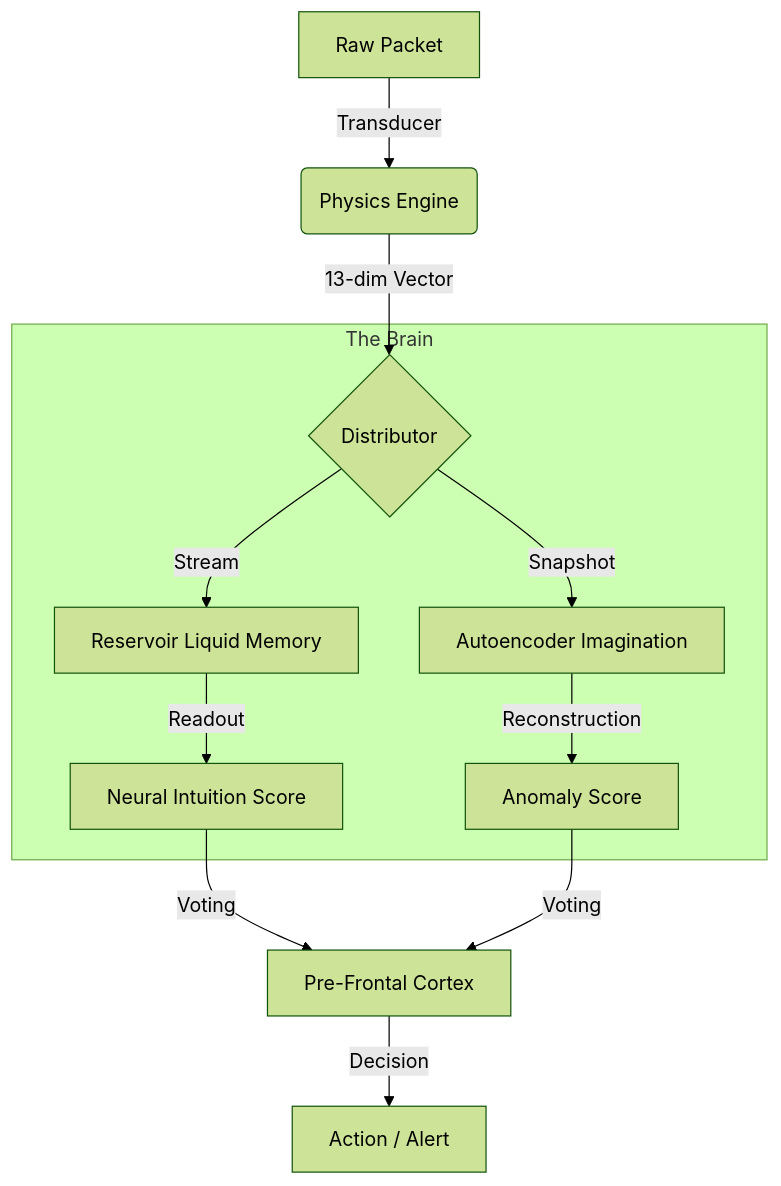
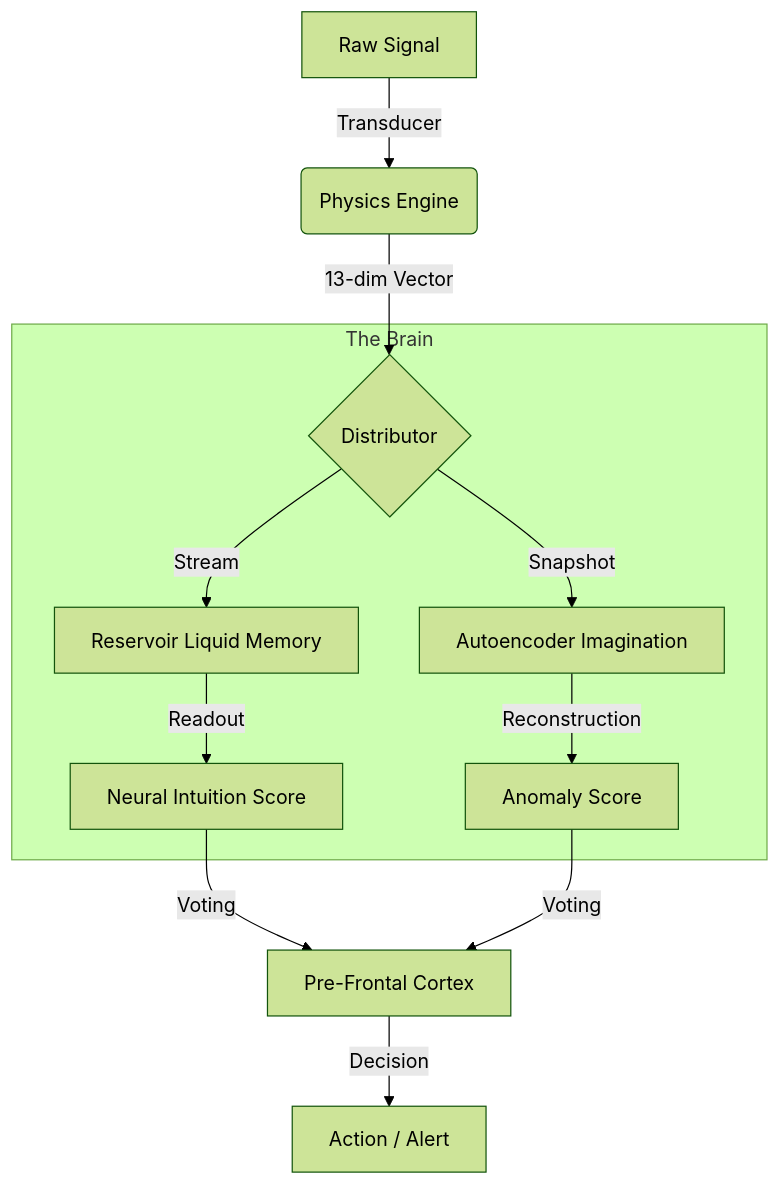
One commit to TheLazyEyedJedi/Shunollo changed the diagram in docs/whitepapers/NEURAL_MATHEMATICS.md. Above: the diagram before and after it, drawn with Mermaid (forest theme). The commit also changed other lines of this file and 19 other files, not shown here.

````diff
--- a/docs/whitepapers/NEURAL_MATHEMATICS.md
+++ b/docs/whitepapers/NEURAL_MATHEMATICS.md
@@ -22,16 +22,16 @@
 ```mermaid
 graph TD
-    A[Raw Packet] -->|Transducer| B(Physics Engine)
+    A[Raw Signal] -->|Transducer| B(Physics Engine)
     B -->|13-dim Vector| C{Distributor}
     
     subgraph The Brain
     C -->|Stream| D[Reservoir Liquid Memory]
     C -->|Snapshot| E[Autoencoder Imagination]
     
     D -->|Readout| F[Neural Intuition Score]
     E -->|Reconstruction| G[Anomaly Score]
     end
     
     F & G -->|Voting| H[Pre-Frontal Cortex]
     H -->|Decision| I[Action / Alert]
 ```
````
